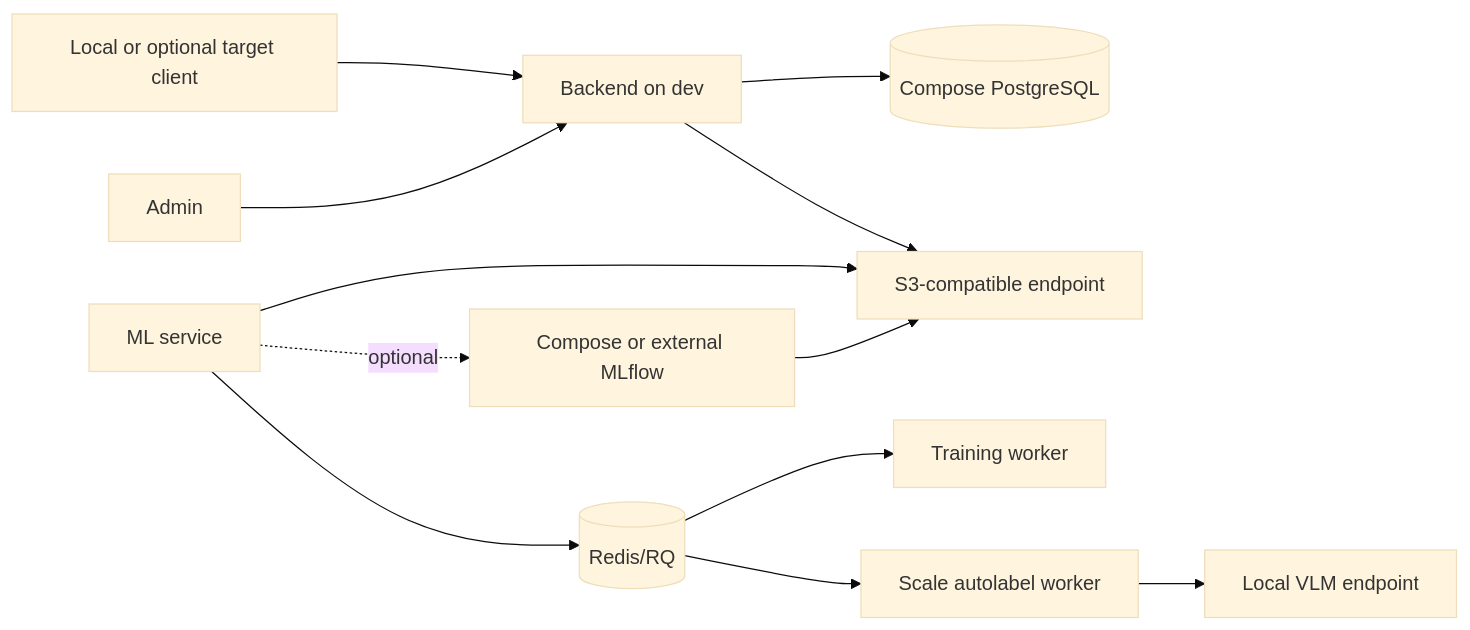
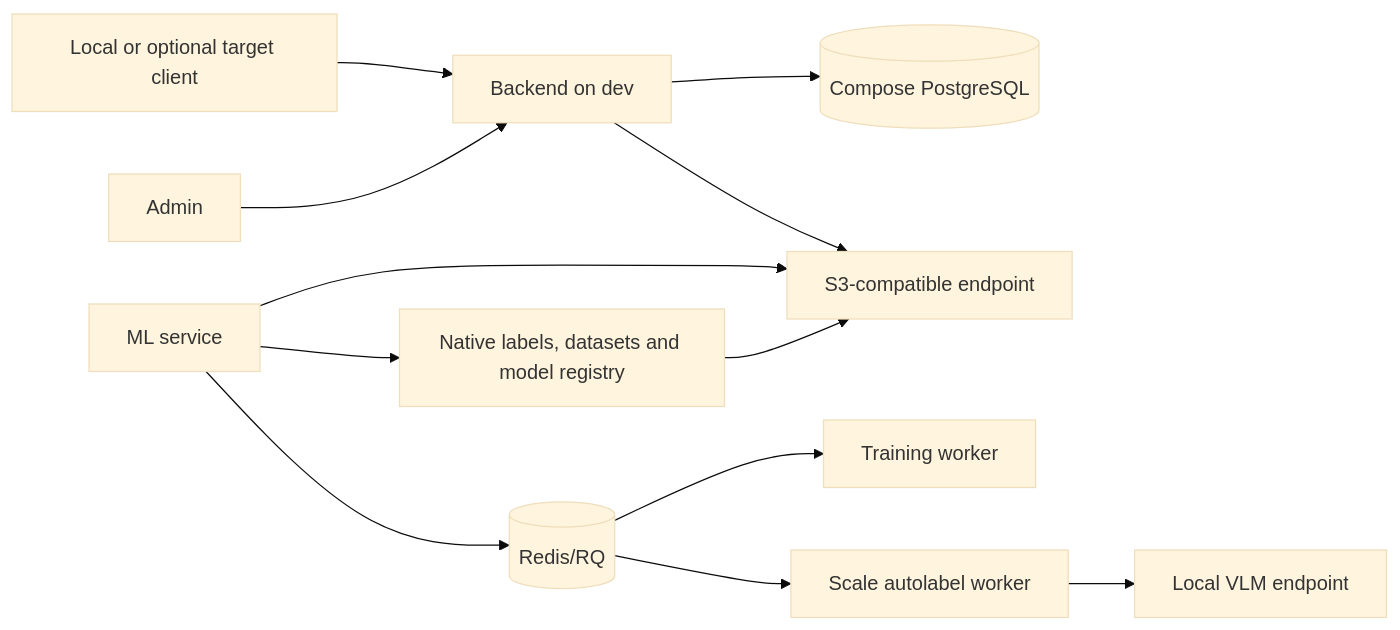
One commit to KamilGrundas/self-checkout changed the first of 2 diagrams in docs/architecture.md. Above: the diagram before and after it, drawn with Mermaid (base theme). The commit also changed other lines of this file and 8 other files, not shown here.

Commit message:
docs(workspace): document native labeling architecture

````diff
--- a/docs/architecture.md
+++ b/docs/architecture.md
@@ -24,14 +24,14 @@
 ```mermaid
 flowchart LR
   C[Local or optional target client] --> B[Backend on dev]
   A[Admin] --> B
   B --> P[(Compose PostgreSQL)]
   B --> S[S3-compatible endpoint]
   M[ML service] --> S
   M --> R[(Redis/RQ)]
   R --> T[Training worker]
   R --> V[Scale autolabel worker]
   V --> L[Local VLM endpoint]
-  M -. optional .-> F[Compose or external MLflow]
-  F --> S
+  M --> O[Native labels, datasets and model registry]
+  O --> S
 ```
````
